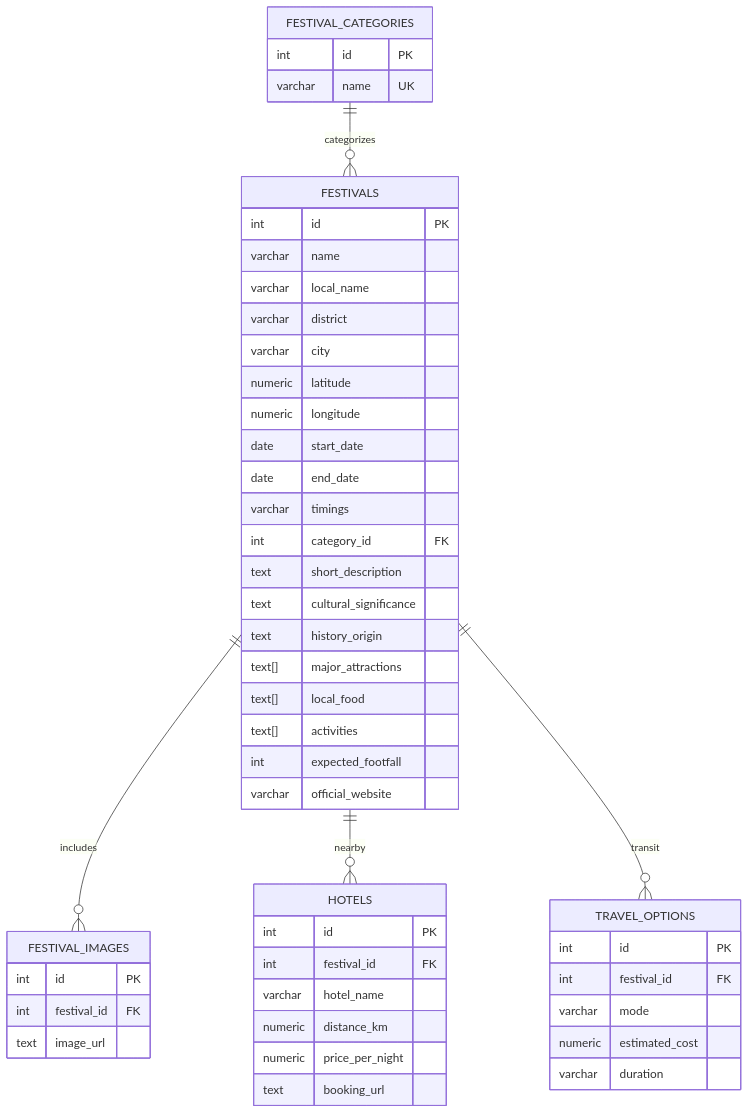
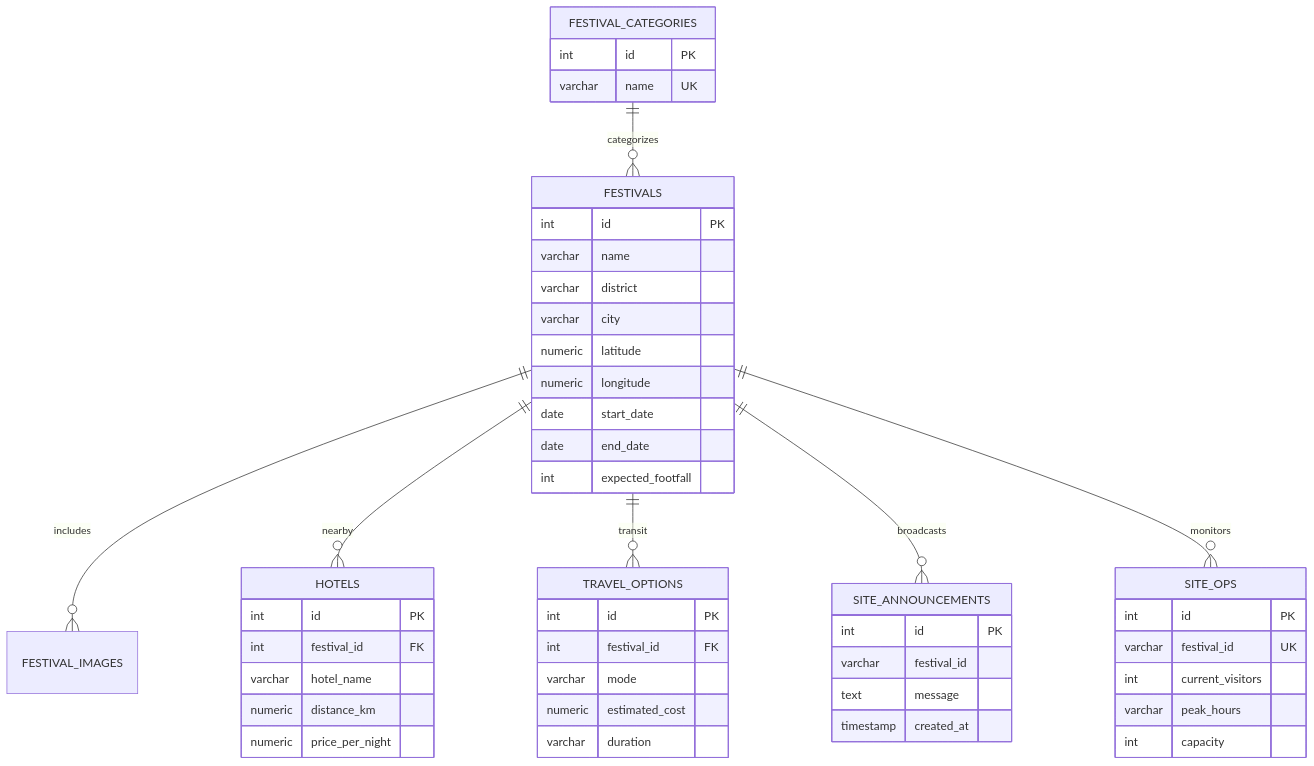
The diagram in README.md (Tejzraj/YuktiAI), drawn with Mermaid before and after one commit. The commit also changed other lines of this file and 7 other files, not shown here.

Commit message:
feat(system): implement complete multi-stakeholder backend APIs for AI, travel, analytics, and site ops

````diff
--- a/README.md
+++ b/README.md
@@ -28,57 +27,57 @@
 ```mermaid
 erDiagram
     FESTIVAL_CATEGORIES ||--o{ FESTIVALS : categorizes
     FESTIVALS ||--o{ FESTIVAL_IMAGES : includes
     FESTIVALS ||--o{ HOTELS : nearby
     FESTIVALS ||--o{ TRAVEL_OPTIONS : transit
+    FESTIVALS ||--o{ SITE_ANNOUNCEMENTS : broadcasts
+    FESTIVALS ||--o{ SITE_OPS : monitors
 
     FESTIVAL_CATEGORIES {
         int id PK
         varchar name UK
     }
 
     FESTIVALS {
         int id PK
         varchar name
-        varchar local_name
         varchar district
         varchar city
         numeric latitude
         numeric longitude
         date start_date
         date end_date
-        varchar timings
-        int category_id FK
-        text short_description
-        text cultural_significance
-        text history_origin
-        text[] major_attractions
-        text[] local_food
-        text[] activities
         int expected_footfall
-        varchar official_website
-    }
-
-    FESTIVAL_IMAGES {
-        int id PK
-        int festival_id FK
-        text image_url
     }
 
     HOTELS {
         int id PK
         int festival_id FK
         varchar hotel_name
         numeric distance_km
         numeric price_per_night
-        text booking_url
     }
 
     TRAVEL_OPTIONS {
         int id PK
         int festival_id FK
         varchar mode
         numeric estimated_cost
         varchar duration
     }
+
+    SITE_ANNOUNCEMENTS {
+        int id PK
+        varchar festival_id
+        text message
+        timestamp created_at
+    }
+
+    SITE_OPS {
+        int id PK
+        varchar festival_id UK
+        int current_visitors
+        varchar peak_hours
+        int capacity
+    }
 ```
````
